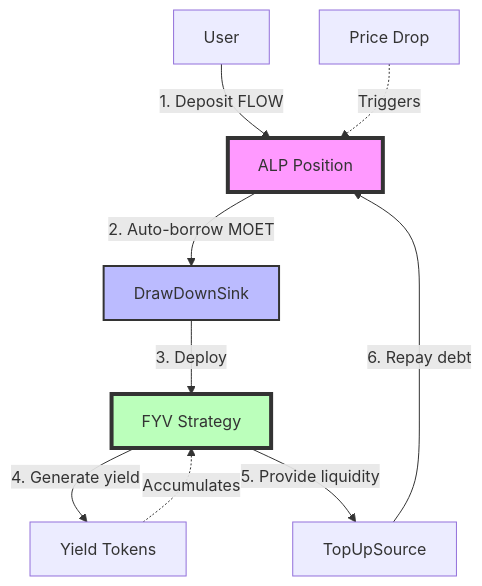
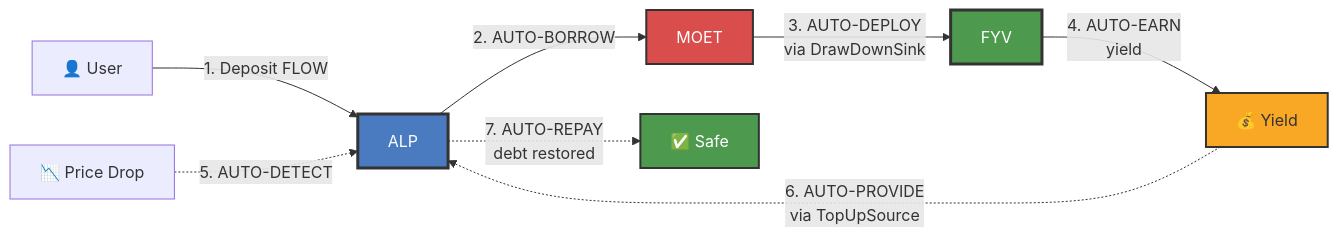
Before and after one commit to onflow/docs: the third of 3 diagrams in docs/defi/fcm/basics.md, drawn with Mermaid. The commit also changed other lines of this file and 12 other files, not shown here.

````diff
--- a/docs/defi/fcm/basics.md
+++ b/docs/defi/fcm/basics.md
@@ -70,17 +62,17 @@
 ```mermaid
-graph TB
-    User[User] -->|1. Deposit FLOW| ALP[ALP Position]
-    ALP -->|2. Auto-borrow MOET| DrawDown[DrawDownSink]
-    DrawDown -->|3. Deploy| FYV[FYV Strategy]
-    FYV -->|4. Generate yield| Yield[Yield Tokens]
+graph LR
+    User[👤 User] -->|1. Deposit FLOW| ALP[ALP]
+    ALP -->|2. AUTO-BORROW| MOET[MOET]
+    MOET -->|3. AUTO-DEPLOY<br/>via DrawDownSink| FYV[FYV]
+    FYV -->|4. AUTO-EARN<br/>yield| Yield[💰 Yield]
 
-    Price[Price Drop] -.->|Triggers| ALP
-    FYV -->|5. Provide liquidity| TopUp[TopUpSource]
-    TopUp -->|6. Repay debt| ALP
+    Drop[📉 Price Drop] -.->|5. AUTO-DETECT| ALP
+    Yield -.->|6. AUTO-PROVIDE<br/>via TopUpSource| ALP
+    ALP -.->|7. AUTO-REPAY<br/>debt restored| Safe[✅ Safe]
 
-    Yield -.->|Accumulates| FYV
-
-    style ALP fill:#f9f,stroke:#333,stroke-width:4px
-    style FYV fill:#bfb,stroke:#333,stroke-width:4px
-    style DrawDown fill:#bbf,stroke:#333,stroke-width:2px
+    style ALP fill:#4a7abf,stroke:#333,stroke-width:3px,color:#fff
+    style FYV fill:#4d994d,stroke:#333,stroke-width:3px,color:#fff
+    style MOET fill:#d94d4d,stroke:#333,stroke-width:2px,color:#fff
+    style Yield fill:#f9a825,stroke:#333,stroke-width:2px
+    style Safe fill:#4d994d,stroke:#333,stroke-width:2px,color:#fff
 ```
````
